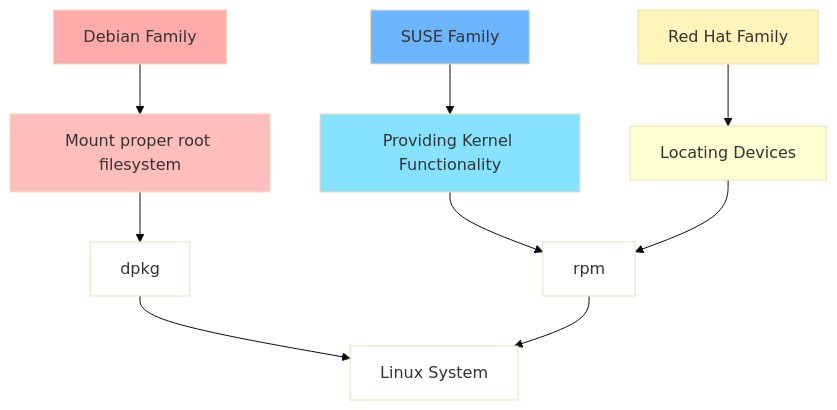
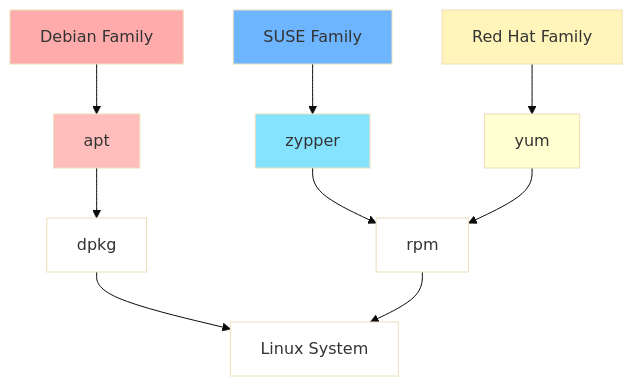
One commit to HorningGit/Rayquaza_Resources changed the diagram in tools/admin/linux/packagemgmt.md. Above: the diagram before and after it, drawn with Mermaid (base theme). The commit also changed other lines of this file, not shown here.

````diff
--- a/tools/admin/linux/packagemgmt.md
+++ b/tools/admin/linux/packagemgmt.md
@@ -1,21 +1,21 @@
 ```mermaid
 flowchart TD;
-    A[Debian Family]-->B[Mount proper root filesystem]
+    A[Debian Family]-->B[apt]
     B-->Y[dpkg]
-    E[Red Hat Family]-->F[Locating Devices]
-    C[SUSE Family]-->D[Providing Kernel Functionality]
+    E[Red Hat Family]-->F[yum]
+    C[SUSE Family]-->D[zypper]
     D-->R[rpm]
     F-->R
     Y-->W[Linux System]
     R-->W
 
     style A fill:#FFABAB
     style B fill:#FFBEBC
     style E fill:#FFF5BA
     style F fill:#FFFFD1
     style C fill:#6EB5FF
     style D fill:#85E3FF
     style Y fill:#FFFFFF
     style R fill:#FFFFFF
     style W fill:#FFFFFF
 ```
````
